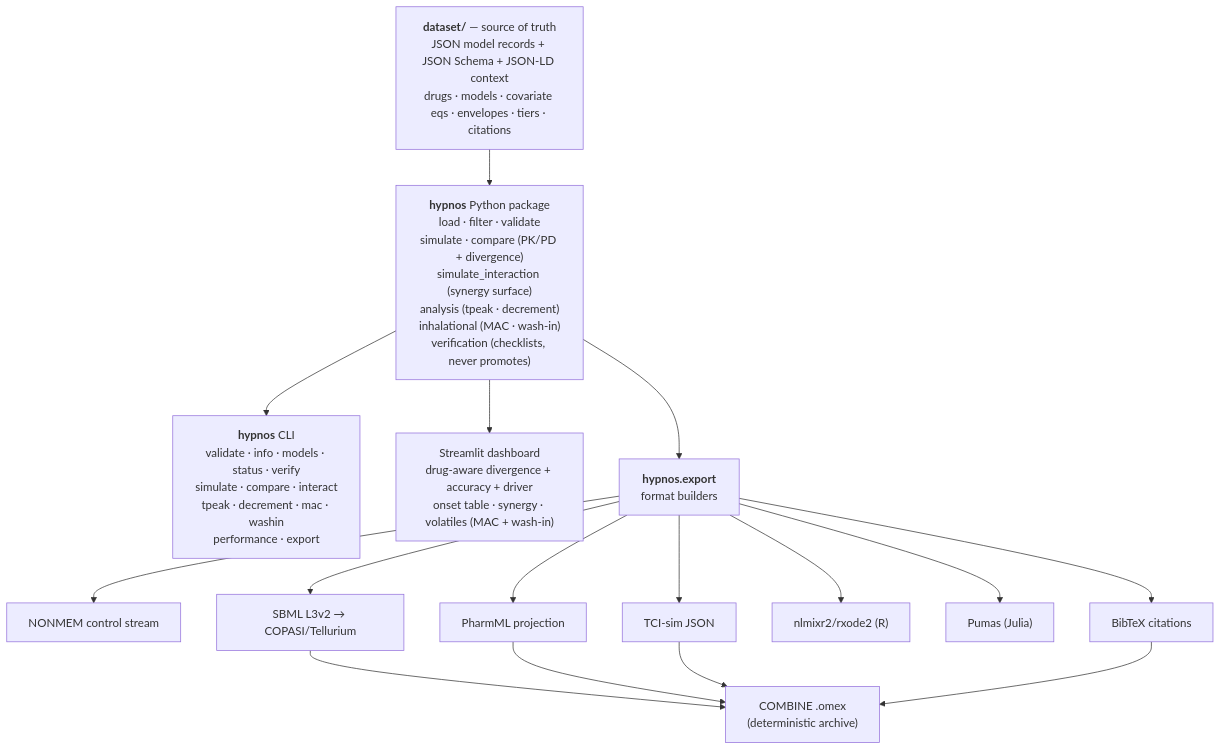
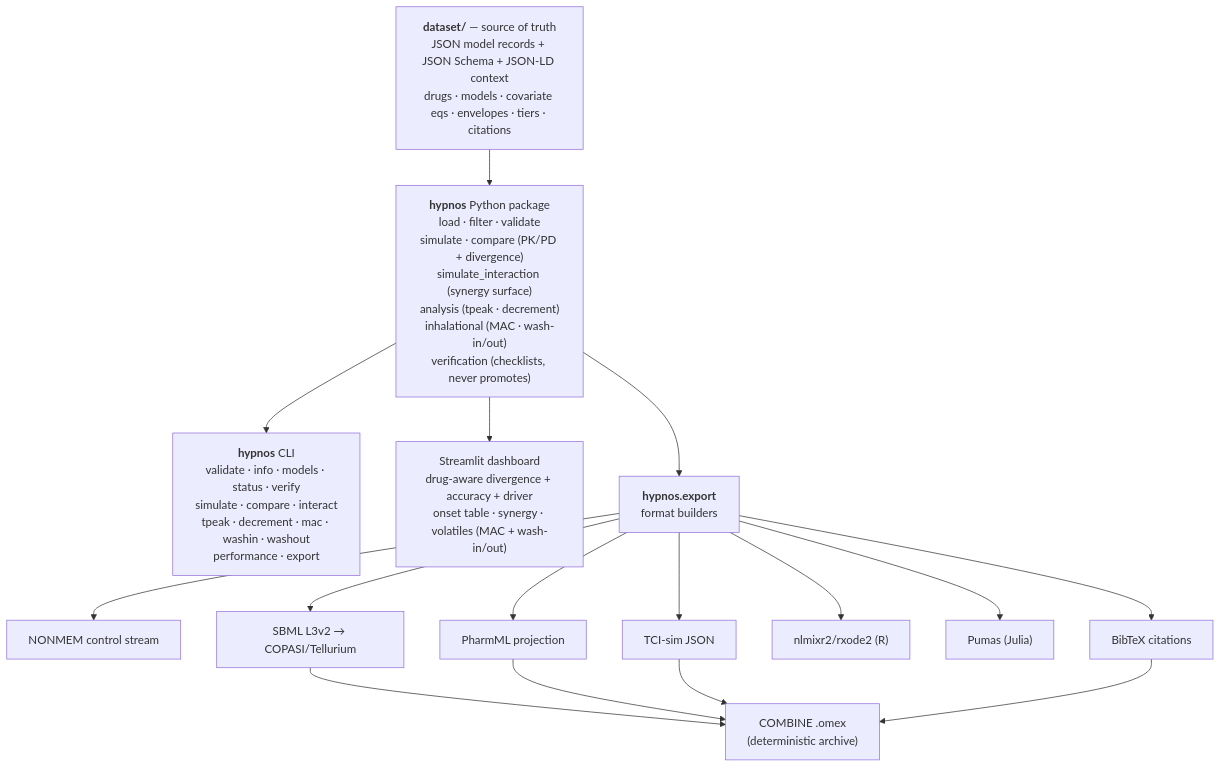
One commit to clay-good/hypnos changed the first of 3 diagrams in README.md. Above: the diagram before and after it, drawn with Mermaid. The commit also changed other lines of this file and 10 other files, not shown here.

````diff
--- a/README.md
+++ b/README.md
@@ -182,19 +201,19 @@
 ```mermaid
 flowchart TD
     DS["<b>dataset/</b> — source of truth<br/>JSON model records + JSON Schema + JSON-LD context<br/>drugs · models · covariate eqs · envelopes · tiers · citations"]
-    DS --> PKG["<b>hypnos</b> Python package<br/>load · filter · validate<br/>simulate · compare (PK/PD + divergence)<br/>simulate_interaction (synergy surface)<br/>analysis (tpeak · decrement)<br/>inhalational (MAC · wash-in)<br/>verification (checklists, never promotes)"]
-    PKG --> CLI["<b>hypnos</b> CLI<br/>validate · info · models · status · verify<br/>simulate · compare · interact<br/>tpeak · decrement · mac · washin<br/>performance · export"]
-    PKG --> DASH["Streamlit dashboard<br/>drug-aware divergence + accuracy + driver<br/>onset table · synergy · volatiles (MAC + wash-in)"]
+    DS --> PKG["<b>hypnos</b> Python package<br/>load · filter · validate<br/>simulate · compare (PK/PD + divergence)<br/>simulate_interaction (synergy surface)<br/>analysis (tpeak · decrement)<br/>inhalational (MAC · wash-in/out)<br/>verification (checklists, never promotes)"]
+    PKG --> CLI["<b>hypnos</b> CLI<br/>validate · info · models · status · verify<br/>simulate · compare · interact<br/>tpeak · decrement · mac · washin · washout<br/>performance · export"]
+    PKG --> DASH["Streamlit dashboard<br/>drug-aware divergence + accuracy + driver<br/>onset table · synergy · volatiles (MAC + wash-in/out)"]
     PKG --> EXP["<b>hypnos.export</b><br/>format builders"]
     EXP --> NM["NONMEM control stream"]
     EXP --> PHARMML["PharmML projection"]
     EXP --> SBML["SBML L3v2 → COPASI/Tellurium"]
     EXP --> TCIJSON["TCI-sim JSON"]
     EXP --> RX["nlmixr2/rxode2 (R)"]
     EXP --> PUMAS["Pumas (Julia)"]
     EXP --> BIB["BibTeX citations"]
     SBML --> OMEX["COMBINE .omex<br/>(deterministic archive)"]
     PHARMML --> OMEX
     TCIJSON --> OMEX
     BIB --> OMEX
 ```
````
